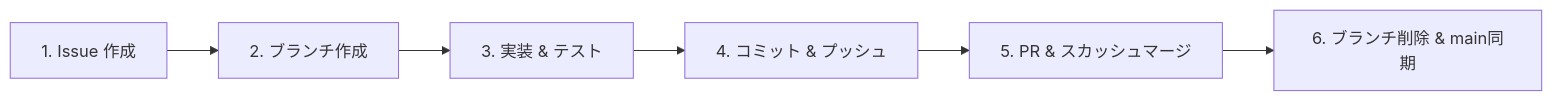
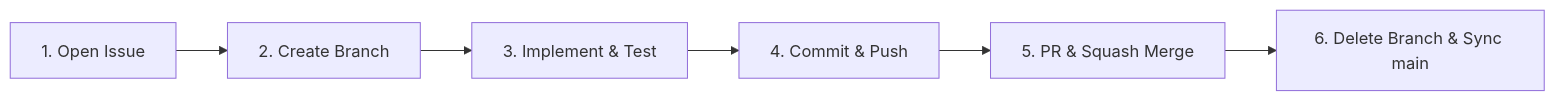
Before and after one commit to KazutoMakino/oniwa: the diagram in AGENTS.md, drawn with Mermaid. The commit also changed other lines of this file and 45 other files, not shown here.

````diff
--- a/AGENTS.md
+++ b/AGENTS.md
@@ -24,8 +24,8 @@
 ```mermaid
 flowchart LR
-    A[1. Issue 作成] --> B[2. ブランチ作成]
-    B --> C[3. 実装 & テスト]
-    C --> D[4. コミット & プッシュ]
-    D --> E[5. PR & スカッシュマージ]
-    E --> F[6. ブランチ削除 & main同期]
+    A[1. Open Issue] --> B[2. Create Branch]
+    B --> C[3. Implement & Test]
+    C --> D[4. Commit & Push]
+    D --> E[5. PR & Squash Merge]
+    E --> F[6. Delete Branch & Sync main]
 ```
````
